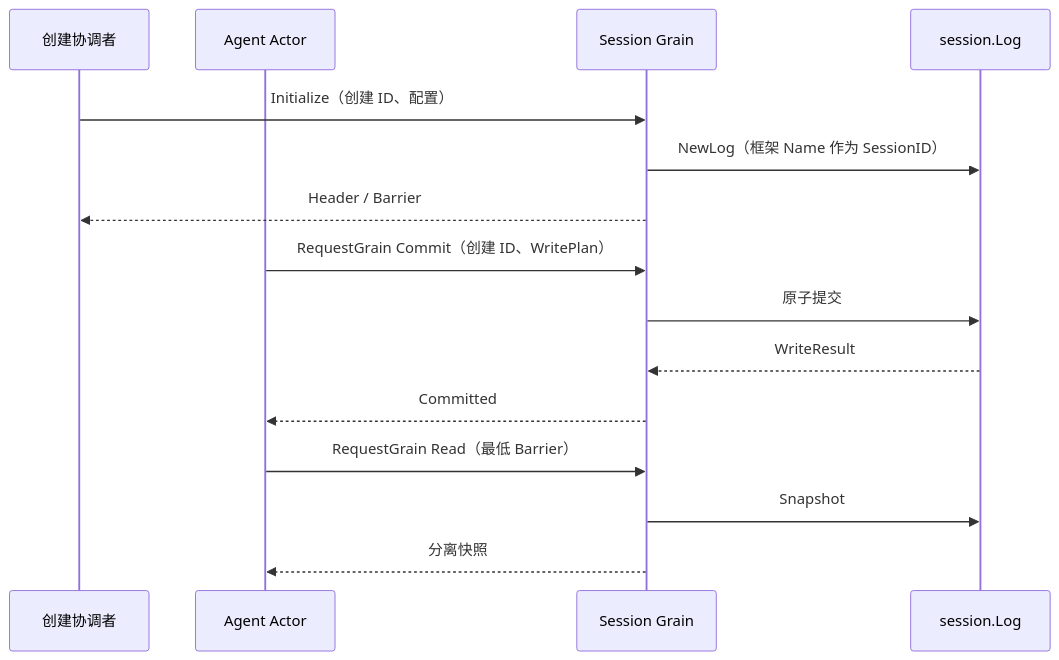
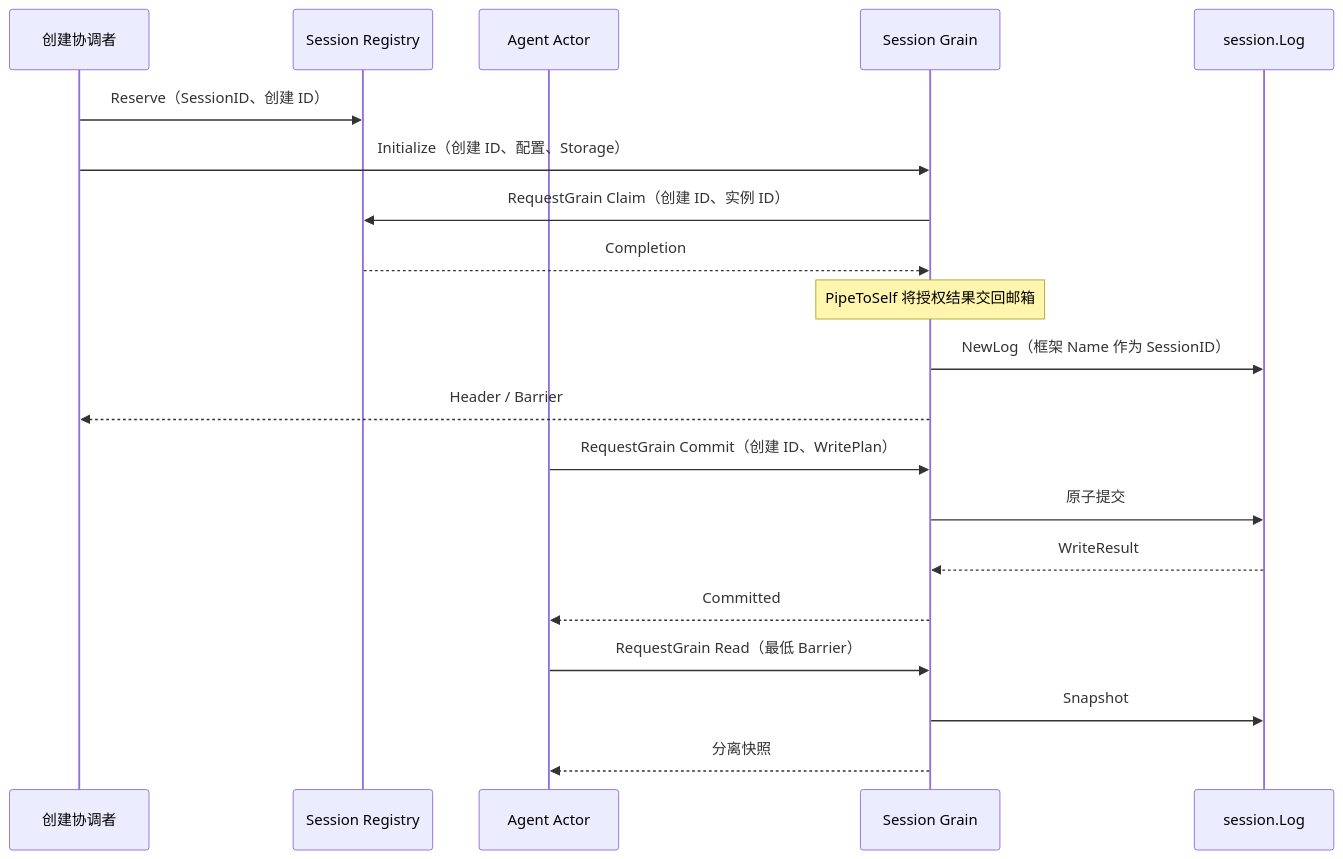
One commit to gorenx/goren changed the first of 3 diagrams in session/actor/README.zh-CN.md. Above: the diagram before and after it, drawn with Mermaid. The commit also changed other lines of this file and 19 other files, not shown here.

````diff
--- a/session/actor/README.zh-CN.md
+++ b/session/actor/README.zh-CN.md
@@ -13,17 +14,22 @@
 ```mermaid
 sequenceDiagram
     participant R as 创建协调者
+    participant G as Session Registry
     participant A as Agent Actor
     participant S as Session Grain
     participant L as session.Log
-    R->>S: Initialize（创建 ID、配置）
+    R->>G: Reserve（SessionID、创建 ID）
+    R->>S: Initialize（创建 ID、配置、Storage）
+    S->>G: RequestGrain Claim（创建 ID、实例 ID）
+    G-->>S: Completion
+    Note over S: PipeToSelf 将授权结果交回邮箱
     S->>L: NewLog（框架 Name 作为 SessionID）
     S-->>R: Header / Barrier
     A->>S: RequestGrain Commit（创建 ID、WritePlan）
     S->>L: 原子提交
     L-->>S: WriteResult
     S-->>A: Committed
     A->>S: RequestGrain Read（最低 Barrier）
     S->>L: Snapshot
     S-->>A: 分离快照
 ```
````
